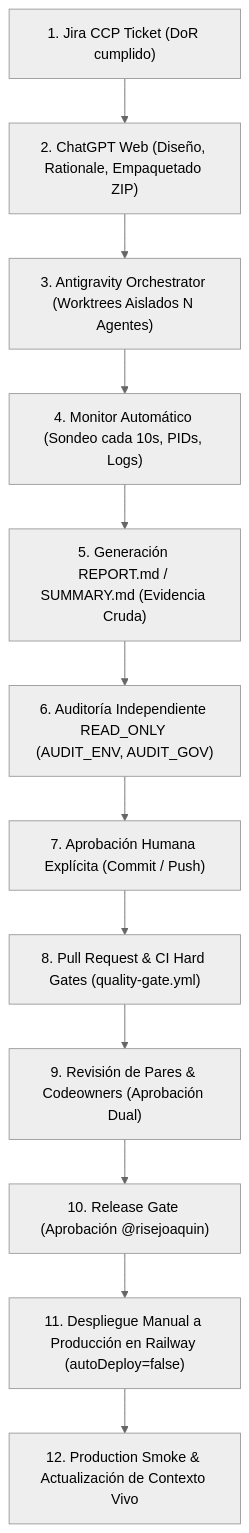
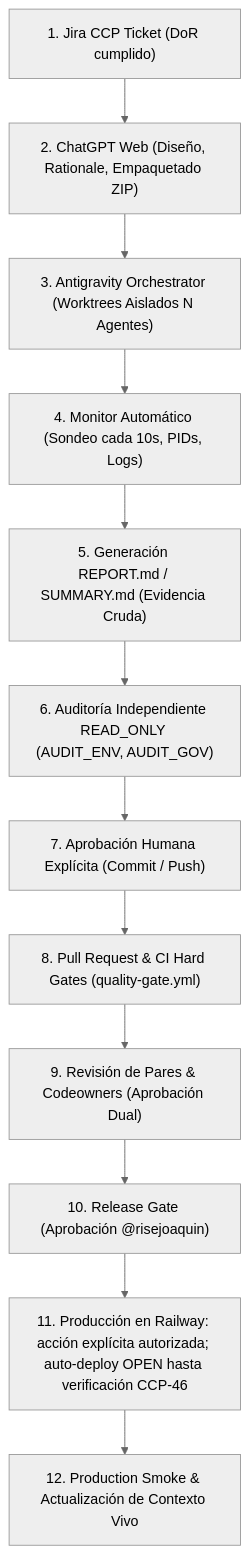
The diagram in docs/team/LOCAL_ENGINEERING_WORKFLOW.md (risejoaquin/stable-ecomerce), drawn with Mermaid (neutral theme) before and after one commit. The commit also changed other lines of this file and 6 other files, not shown here.

````diff
--- a/docs/team/LOCAL_ENGINEERING_WORKFLOW.md
+++ b/docs/team/LOCAL_ENGINEERING_WORKFLOW.md
@@ -13,14 +13,14 @@
 ```mermaid
 flowchart TD
     Jira["1. Jira CCP Ticket (DoR cumplido)"] --> GPT["2. ChatGPT Web (Diseño, Rationale, Empaquetado ZIP)"]
     GPT --> Orch["3. Antigravity Orchestrator (Worktrees Aislados N Agentes)"]
     Orch --> Mon["4. Monitor Automático (Sondeo cada 10s, PIDs, Logs)"]
     Mon --> Rep["5. Generación REPORT.md / SUMMARY.md (Evidencia Cruda)"]
     Rep --> Audit["6. Auditoría Independiente READ_ONLY (AUDIT_ENV, AUDIT_GOV)"]
     Audit --> Hum["7. Aprobación Humana Explícita (Commit / Push)"]
     Hum --> PR["8. Pull Request & CI Hard Gates (quality-gate.yml)"]
     PR --> Rev["9. Revisión de Pares & Codeowners (Aprobación Dual)"]
     Rev --> Rel["10. Release Gate (Aprobación @risejoaquin)"]
-    Rel --> Prod["11. Despliegue Manual a Producción en Railway (autoDeploy=false)"]
+    Rel --> Prod["11. Producción en Railway: acción explícita autorizada; auto-deploy OPEN hasta verificación CCP-46"]
     Prod --> Smoke["12. Production Smoke & Actualización de Contexto Vivo"]
 ```
````
